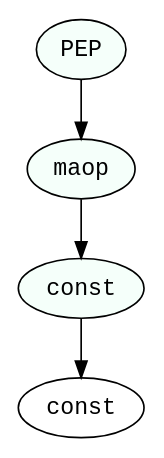
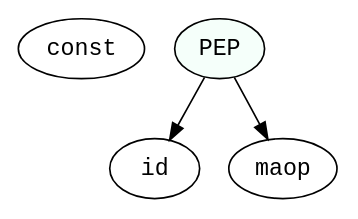
Before and after one commit to bajabrainblast/Judas-Quan-Jack: the diagram in ast.dot, drawn with Graphviz. The commit also changed 9 other files, not shown here.

```diff
--- a/ast.dot
+++ b/ast.dot
@@ -1,9 +1,8 @@
 digraph print {
  1 [label="const", fontname="monospace"];
- 2 [label="const", fontname="monospace", style=filled, fillcolor=mintcream];
- 2->1
- 3 [label="maop", fontname="monospace", style=filled, fillcolor=mintcream];
- 3->2
+ 2 [label="id", fontname="monospace"];
+ 3 [label="maop", fontname="monospace"];
  4 [label="PEP", fontname="monospace", style=filled, fillcolor=mintcream];
  4->3
+ 4->2
  }
```
